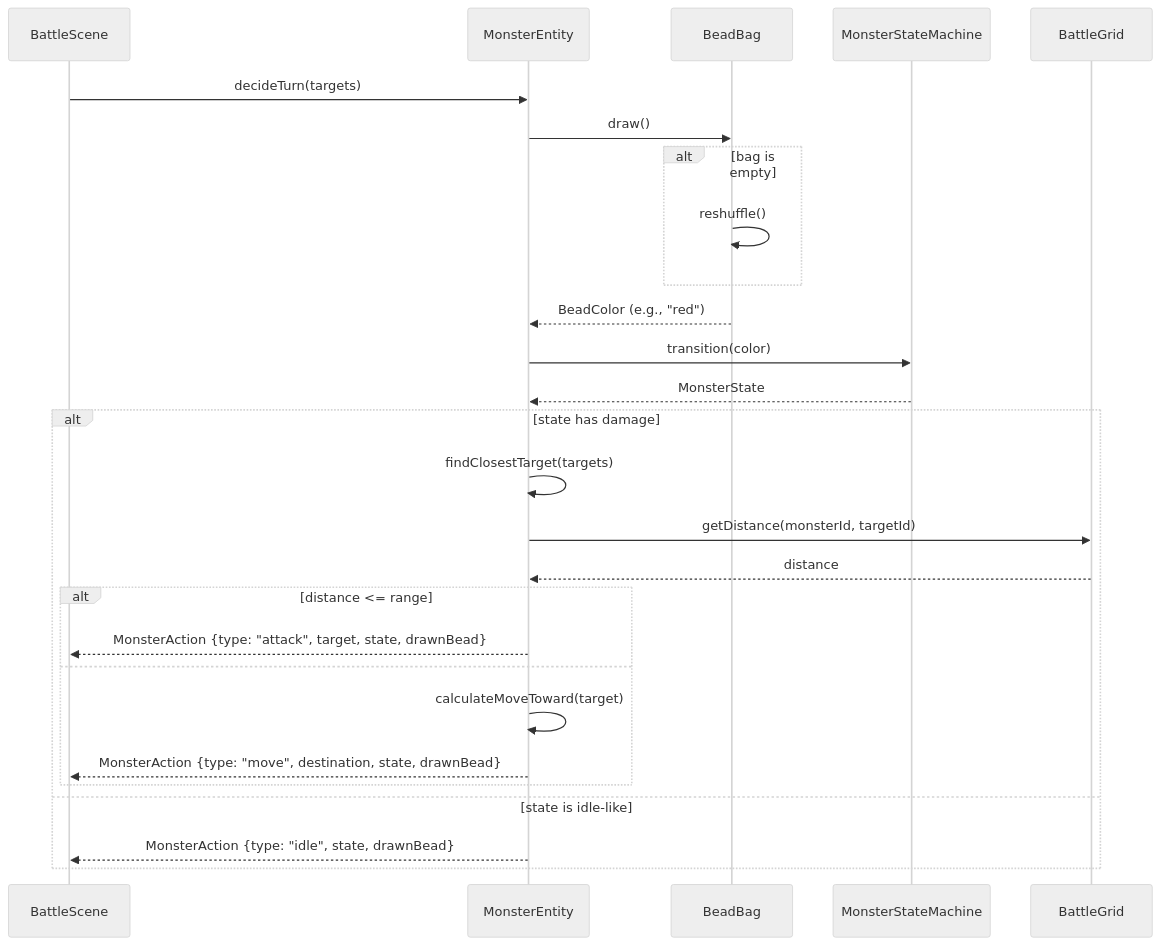
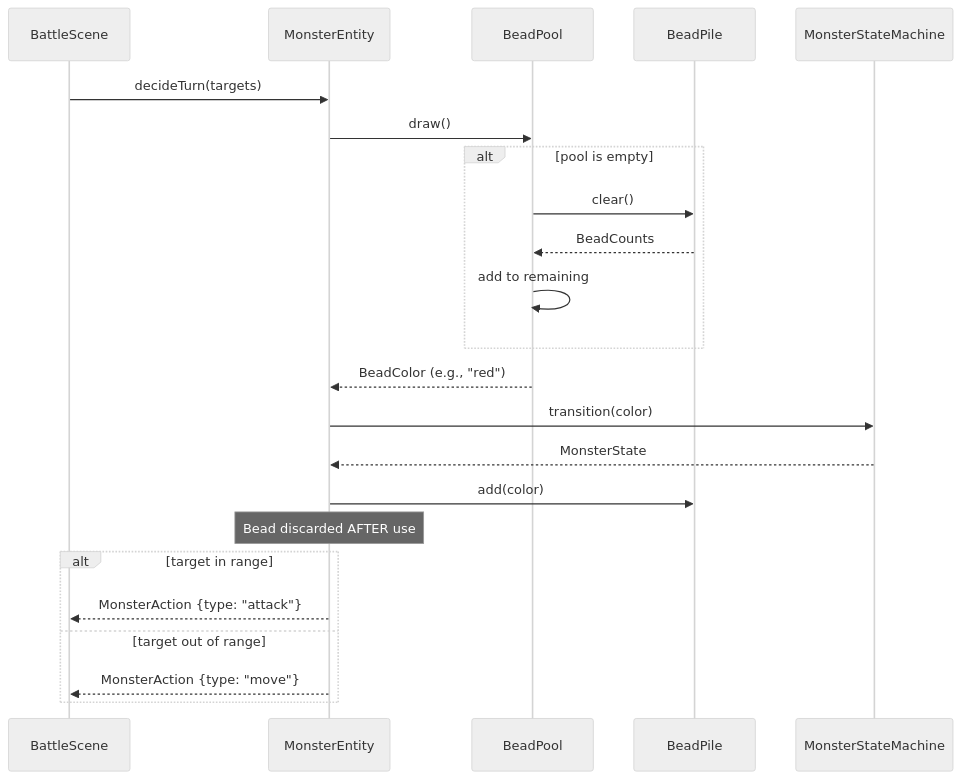
Before and after one commit to Dpothier/tabletop-workshop: the second of 3 diagrams in docs/architecture/bead-system.md, drawn with Mermaid (neutral theme). The commit also changed other lines of this file and 1 other file, not shown here.

First line of the commit message:
docs: update bead system documentation for new architecture

````diff
--- a/docs/architecture/bead-system.md
+++ b/docs/architecture/bead-system.md
@@ -101,33 +131,29 @@
 ```mermaid
 sequenceDiagram
     participant Battle as BattleScene
     participant Monster as MonsterEntity
-    participant Bag as BeadBag
+    participant Pool as BeadPool
+    participant Discard as BeadPile
     participant SM as MonsterStateMachine
-    participant Grid as BattleGrid
 
     Battle->>Monster: decideTurn(targets)
-    Monster->>Bag: draw()
+    Monster->>Pool: draw()
 
-    alt bag is empty
-        Bag->>Bag: reshuffle()
+    alt pool is empty
+        Pool->>Discard: clear()
+        Discard-->>Pool: BeadCounts
+        Pool->>Pool: add to remaining
     end
 
-    Bag-->>Monster: BeadColor (e.g., "red")
+    Pool-->>Monster: BeadColor (e.g., "red")
     Monster->>SM: transition(color)
     SM-->>Monster: MonsterState
+    Monster->>Discard: add(color)
+    Note over Monster: Bead discarded AFTER use
 
-    alt state has damage
-        Monster->>Monster: findClosestTarget(targets)
-        Monster->>Grid: getDistance(monsterId, targetId)
-        Grid-->>Monster: distance
-        alt distance <= range
-            Monster-->>Battle: MonsterAction {type: "attack", target, state, drawnBead}
-        else
-            Monster->>Monster: calculateMoveToward(target)
-            Monster-->>Battle: MonsterAction {type: "move", destination, state, drawnBead}
-        end
-    else state is idle-like
-        Monster-->>Battle: MonsterAction {type: "idle", state, drawnBead}
+    alt target in range
+        Monster-->>Battle: MonsterAction {type: "attack"}
+    else target out of range
+        Monster-->>Battle: MonsterAction {type: "move"}
     end
 ```
````
